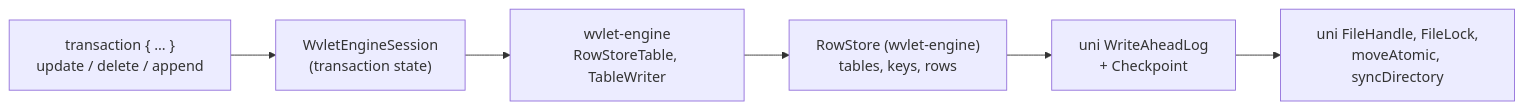
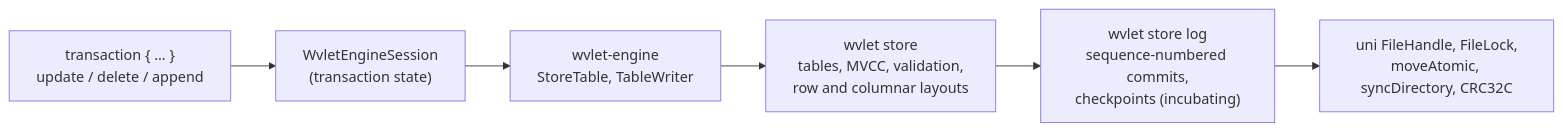
Before and after one commit to wvlet/wvlet: the diagram in plans/2026-11-24-row-store.md, drawn with Mermaid. The commit also changed other lines of this file and 2 other files, not shown here.

First line of the commit message:
doc: Make the row store the catalog's embedded storage layer

````diff
--- a/plans/2026-11-24-row-store.md
+++ b/plans/2026-11-24-row-store.md
@@ -35,8 +37,8 @@
 ```mermaid
 flowchart LR
   WV["transaction { ... }<br/>update / delete / append"] --> Runner["WvletEngineSession<br/>(transaction state)"]
-  Runner --> Engine["wvlet-engine<br/>RowStoreTable, TableWriter"]
-  Engine --> RS["RowStore (wvlet-engine)<br/>tables, keys, rows"]
-  RS --> WAL["uni WriteAheadLog<br/>+ Checkpoint"]
-  WAL --> Prim["uni FileHandle, FileLock,<br/>moveAtomic, syncDirectory"]
+  Runner --> Engine["wvlet-engine<br/>StoreTable, TableWriter"]
+  Engine --> Store["wvlet store<br/>tables, MVCC, validation,<br/>row and columnar layouts"]
+  Store --> Log["wvlet store log<br/>sequence-numbered commits,<br/>checkpoints (incubating)"]
+  Log --> Prim["uni FileHandle, FileLock,<br/>moveAtomic, syncDirectory, CRC32C"]
 ```
````
